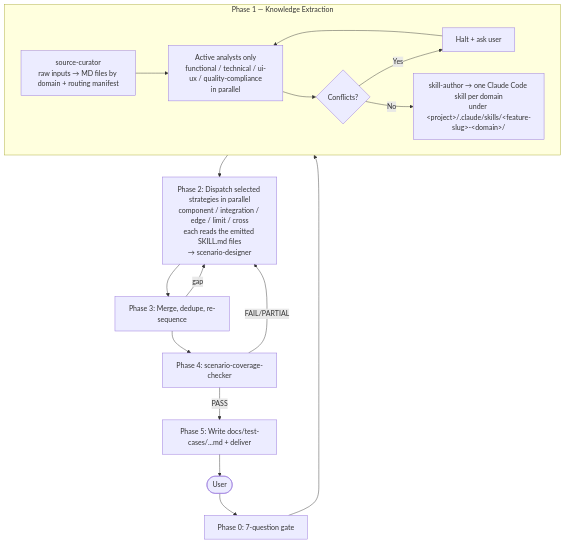
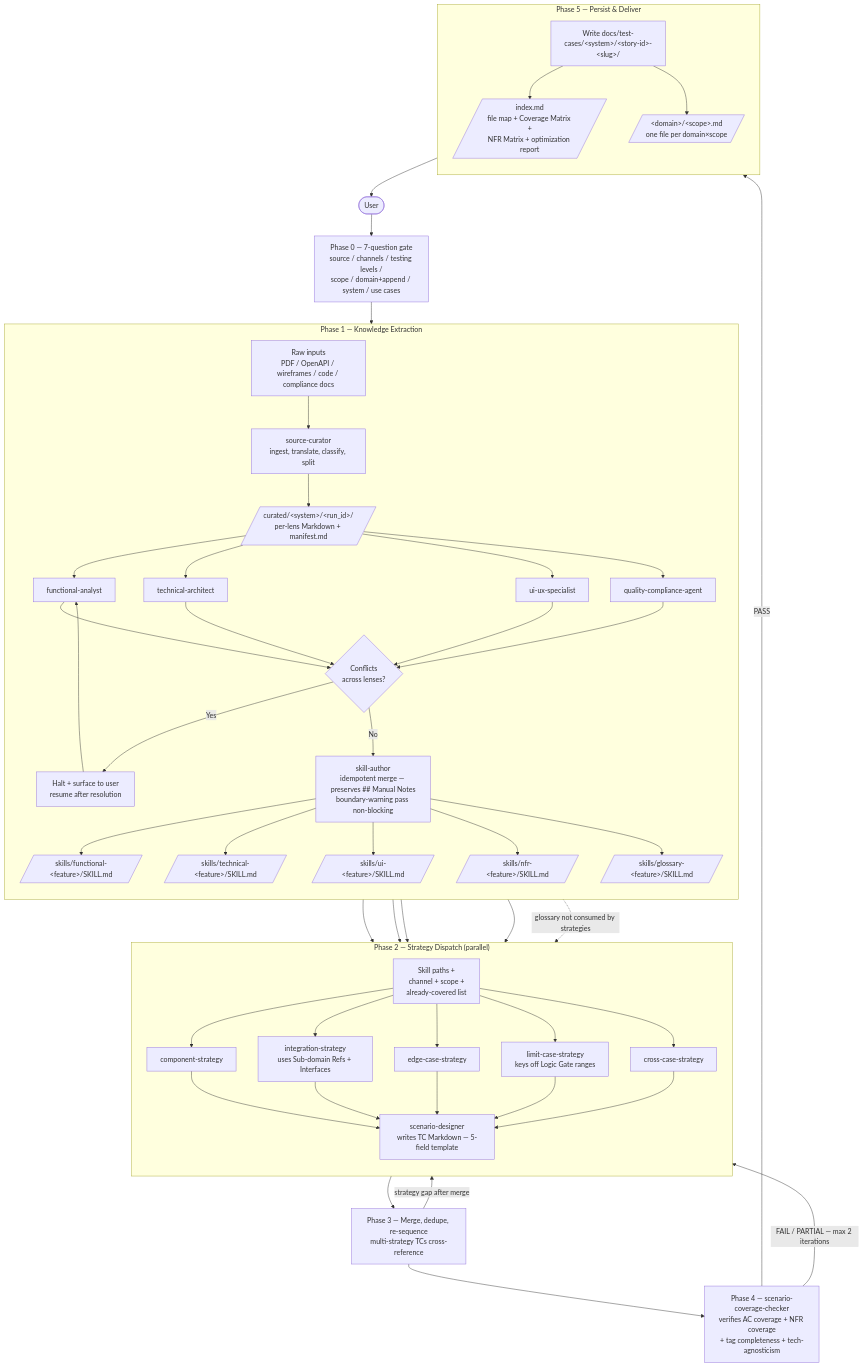
The diagram in plugins/test-case-generator/README.md (teforthewin/claude-plug-in-sandbox), drawn with Mermaid before and after one commit. The commit also changed other lines of this file and 12 other files, not shown here.

Commit message:
update Skill creation strategy + update README

````diff
--- a/plugins/test-case-generator/README.md
+++ b/plugins/test-case-generator/README.md
@@ -17,17 +17,61 @@
 ```mermaid
 flowchart TD
-    U([User]) --> P0[Phase 0: 7-question gate]
-    P0 --> P1
+    U([User]) --> P0[Phase 0 — 7-question gate<br/>source / channels / testing levels /<br/>scope / domain+append / system / use cases]
+    P0 --> P1IN
+
     subgraph P1["Phase 1 — Knowledge Extraction"]
-        SC[source-curator<br/>raw inputs → MD files by domain + routing manifest] --> A[Active analysts only<br/>functional / technical / ui-ux / quality-compliance<br/>in parallel]
-        A --> CF{Conflicts?}
-        CF -->|Yes| HALT[Halt + ask user] --> A
-        CF -->|No| SA[skill-author → one Claude Code skill per domain<br/>under &lt;project&gt;/.claude/skills/&lt;feature-slug&gt;-&lt;domain&gt;/]
+        direction TB
+        P1IN[Raw inputs<br/>PDF / OpenAPI / wireframes / code / compliance docs] --> SC[source-curator<br/>ingest, translate, classify, split]
+        SC --> MAN[/curated/&lt;system&gt;/&lt;run_id&gt;/<br/>per-lens Markdown + manifest.md/]
+        MAN --> A_FUNC[functional-analyst]
+        MAN --> A_TECH[technical-architect]
+        MAN --> A_UI[ui-ux-specialist]
+        MAN --> A_NFR[quality-compliance-agent]
+        A_FUNC --> CF{Conflicts<br/>across lenses?}
+        A_TECH --> CF
+        A_UI --> CF
+        A_NFR --> CF
+        CF -->|Yes| HALT[Halt + surface to user<br/>resume after resolution] --> A_FUNC
+        CF -->|No| SA[skill-author<br/>idempotent merge — preserves ## Manual Notes<br/>boundary-warning pass non-blocking]
+        SA --> SK_F[/skills/functional-&lt;feature&gt;/SKILL.md/]
+        SA --> SK_T[/skills/technical-&lt;feature&gt;/SKILL.md/]
+        SA --> SK_U[/skills/ui-&lt;feature&gt;/SKILL.md/]
+        SA --> SK_N[/skills/nfr-&lt;feature&gt;/SKILL.md/]
+        SA --> SK_G[/skills/glossary-&lt;feature&gt;/SKILL.md/]
     end
-    P1 --> P2[Phase 2: Dispatch selected strategies in parallel<br/>component / integration / edge / limit / cross<br/>each reads the emitted SKILL.md files<br/>→ scenario-designer]
-    P2 --> P3[Phase 3: Merge, dedupe, re-sequence]
-    P3 -->|gap| P2
-    P3 --> P4[Phase 4: scenario-coverage-checker]
-    P4 -->|FAIL/PARTIAL| P2
-    P4 -->|PASS| P5[Phase 5: Write docs/test-cases/...md + deliver] --> U
+
+    SK_F --> P2IN
+    SK_T --> P2IN
+    SK_U --> P2IN
+    SK_N --> P2IN
+    SK_G -.glossary not consumed by strategies.-> P2IN
+
+    subgraph P2["Phase 2 — Strategy Dispatch (parallel)"]
+        direction TB
+        P2IN[Skill paths +<br/>channel + scope +<br/>already-covered list] --> S_C[component-strategy]
+        P2IN --> S_I[integration-strategy<br/>uses Sub-domain Refs + Interfaces]
+        P2IN --> S_E[edge-case-strategy]
+        P2IN --> S_L[limit-case-strategy<br/>keys off Logic Gate ranges]
+        P2IN --> S_X[cross-case-strategy]
+        S_C --> SD[scenario-designer<br/>writes TC Markdown — 5-field template]
+        S_I --> SD
+        S_E --> SD
+        S_L --> SD
+        S_X --> SD
+    end
+
+    SD --> P3[Phase 3 — Merge, dedupe, re-sequence<br/>multi-strategy TCs cross-reference]
+    P3 -->|strategy gap after merge| P2IN
+    P3 --> P4[Phase 4 — scenario-coverage-checker<br/>verifies AC coverage + NFR coverage<br/>+ tag completeness + tech-agnosticism]
+    P4 -->|FAIL / PARTIAL — max 2 iterations| P2IN
+    P4 -->|PASS| P5
+
+    subgraph P5["Phase 5 — Persist & Deliver"]
+        direction TB
+        P5_W[Write docs/test-cases/&lt;system&gt;/&lt;story-id&gt;-&lt;slug&gt;/]
+        P5_W --> P5_IDX[/index.md<br/>file map + Coverage Matrix +<br/>NFR Matrix + optimization report/]
+        P5_W --> P5_SCOPE[/&lt;domain&gt;/&lt;scope&gt;.md<br/>one file per domain×scope/]
+    end
+
+    P5 --> U
 ```
````
